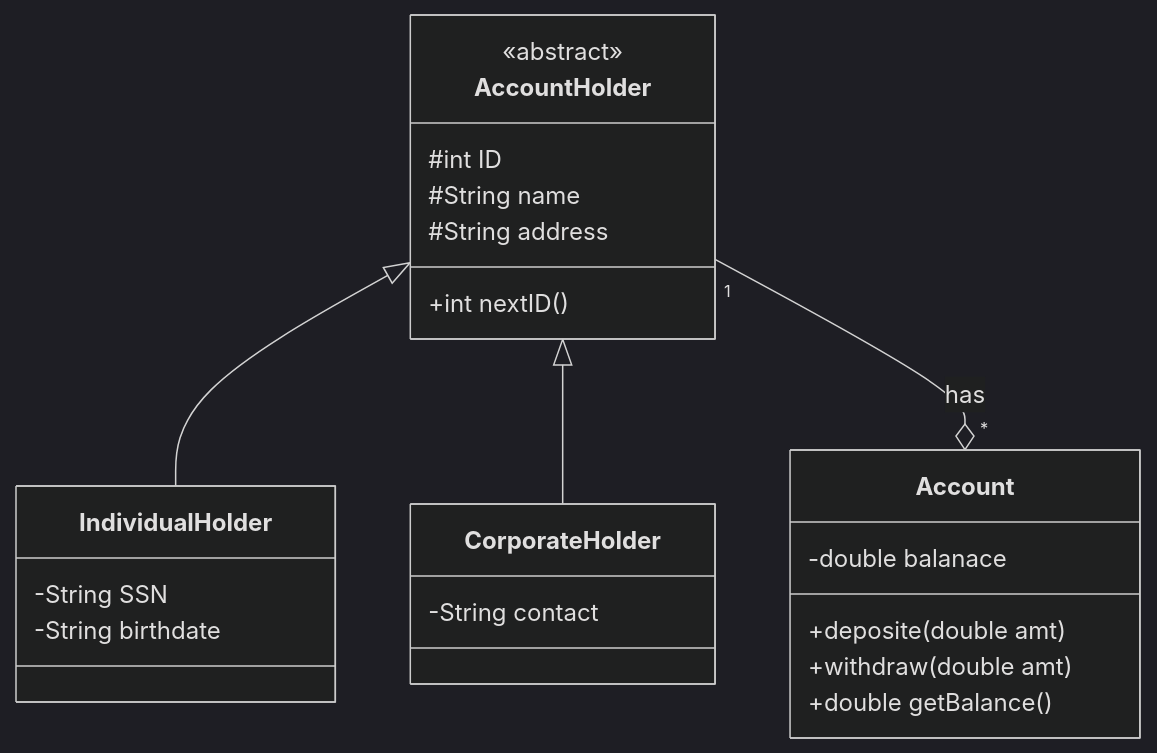
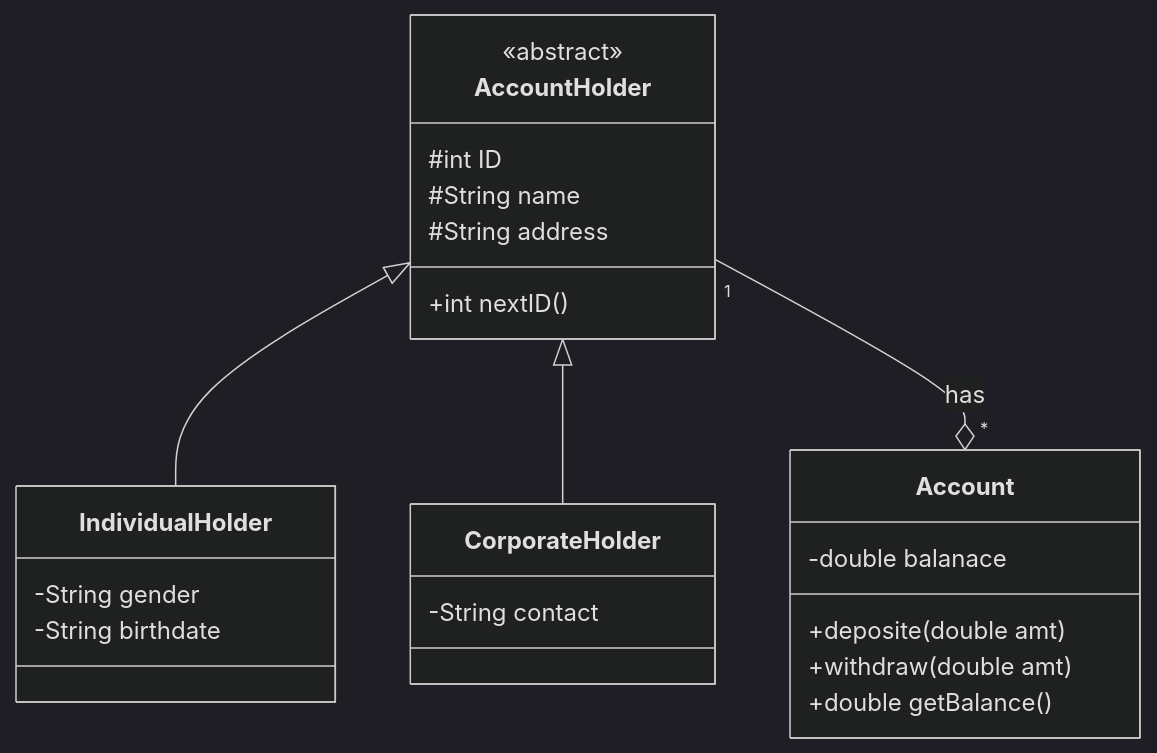
One commit to masrajha/pbo-project changed the first of 2 diagrams in About.md. Above: the diagram before and after it, drawn with Mermaid (dark theme). The commit also changed other lines of this file and 8 other files, not shown here.

Commit message:
Change Attribute SSN to Gender

````diff
--- a/About.md
+++ b/About.md
@@ -8,29 +8,29 @@
 ```mermaid
 classDiagram
     AccountHolder <|-- IndividualHolder
     AccountHolder <|-- CorporateHolder
     AccountHolder "1"--o"*" Account : has
     
     class AccountHolder{
       <<abstract>>
       #int ID
       #String name
       #String address
       +int nextID()
     }
     
     class IndividualHolder{
-      -String SSN
+      -String gender
       -String birthdate
     }
     class CorporateHolder{
       -String contact
     }
     class Account{
       -double balanace
       +deposite(double amt)
       +withdraw(double amt)
       +double getBalance()
     }
             
 ```
````
